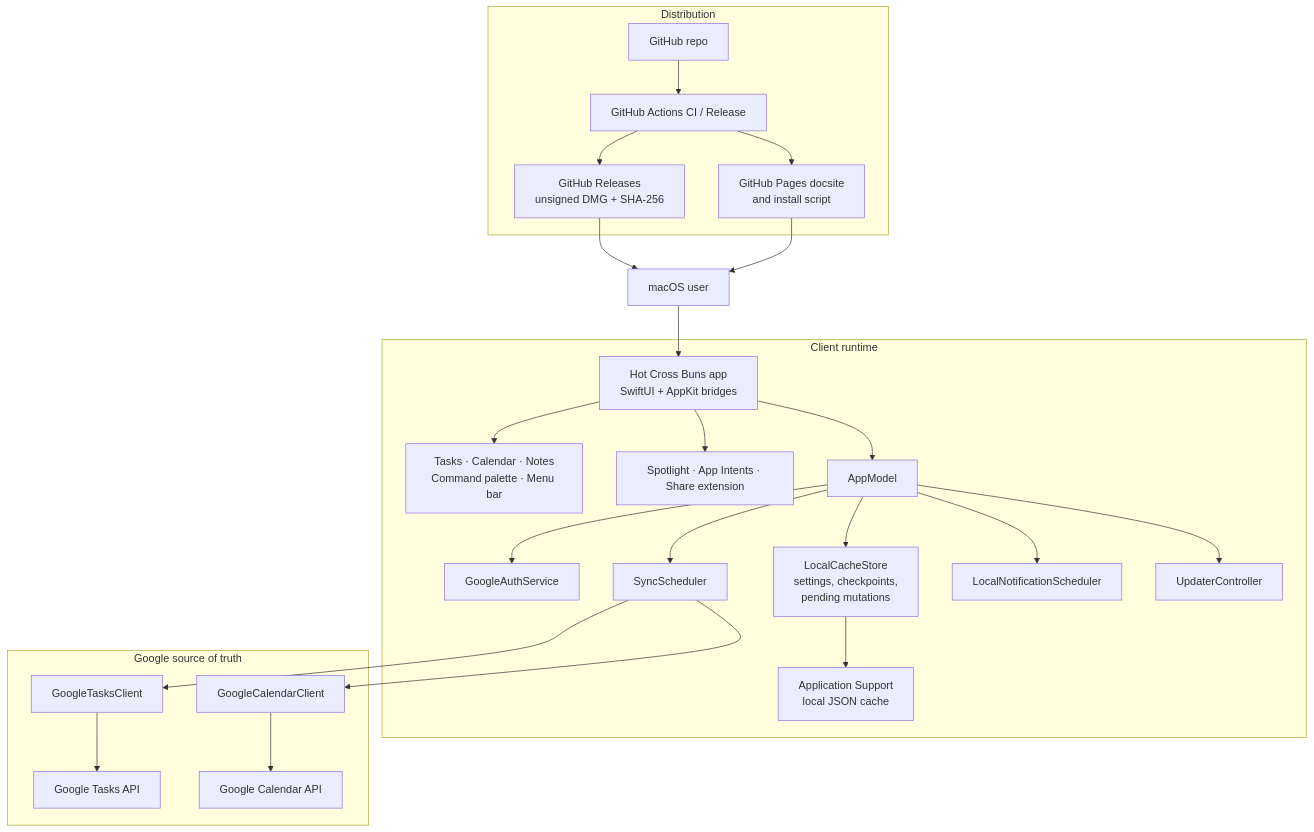
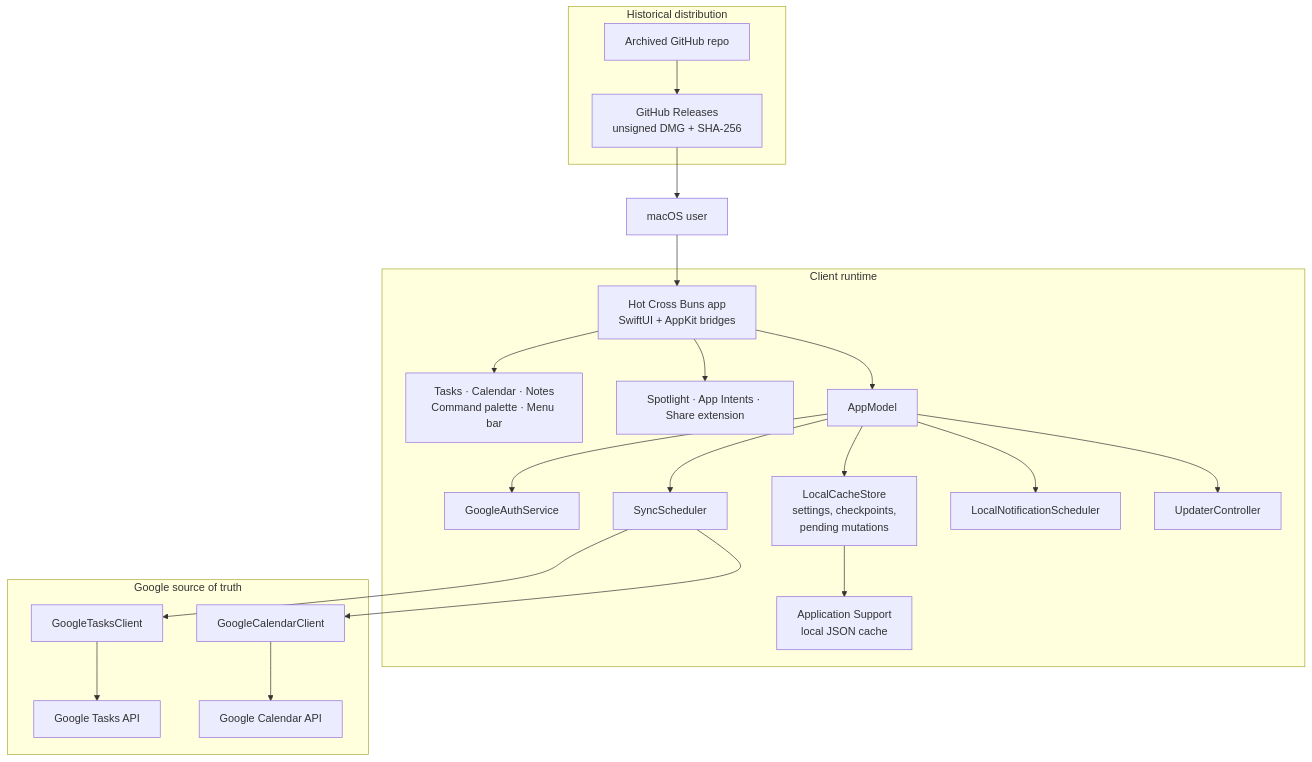
Before and after one commit to gongahkia/hot-cross-buns: the diagram in README.md, drawn with Mermaid. The commit also changed other lines of this file and 18 other files, not shown here.

````diff
--- a/README.md
+++ b/README.md
@@ -114,32 +103,29 @@
 ```mermaid
 flowchart TD
     user["macOS user"] --> app["Hot Cross Buns app<br>SwiftUI + AppKit bridges"]
 
     subgraph client["Client runtime"]
         app --> surfaces["Tasks · Calendar · Notes<br>Command palette · Menu bar"]
         app --> integrations["Spotlight · App Intents · Share extension"]
         app --> model["AppModel"]
         model --> auth["GoogleAuthService"]
         model --> sync["SyncScheduler"]
         model --> cache["LocalCacheStore<br>settings, checkpoints,<br>pending mutations"]
         model --> notifications["LocalNotificationScheduler"]
         model --> updater["UpdaterController"]
         cache --> disk["Application Support<br>local JSON cache"]
     end
 
     subgraph google["Google source of truth"]
         sync --> tasksClient["GoogleTasksClient"]
         sync --> calendarClient["GoogleCalendarClient"]
         tasksClient --> tasksApi["Google Tasks API"]
         calendarClient --> calendarApi["Google Calendar API"]
     end
 
-    subgraph distribution["Distribution"]
-        repo["GitHub repo"] --> automation["GitHub Actions CI / Release"]
-        automation --> releases["GitHub Releases<br>unsigned DMG + SHA-256"]
-        automation --> site["GitHub Pages docsite<br>and install script"]
+    subgraph distribution["Historical distribution"]
+        repo["Archived GitHub repo"] --> releases["GitHub Releases<br>unsigned DMG + SHA-256"]
     end
 
     releases --> user
-    site --> user
 ```
````
